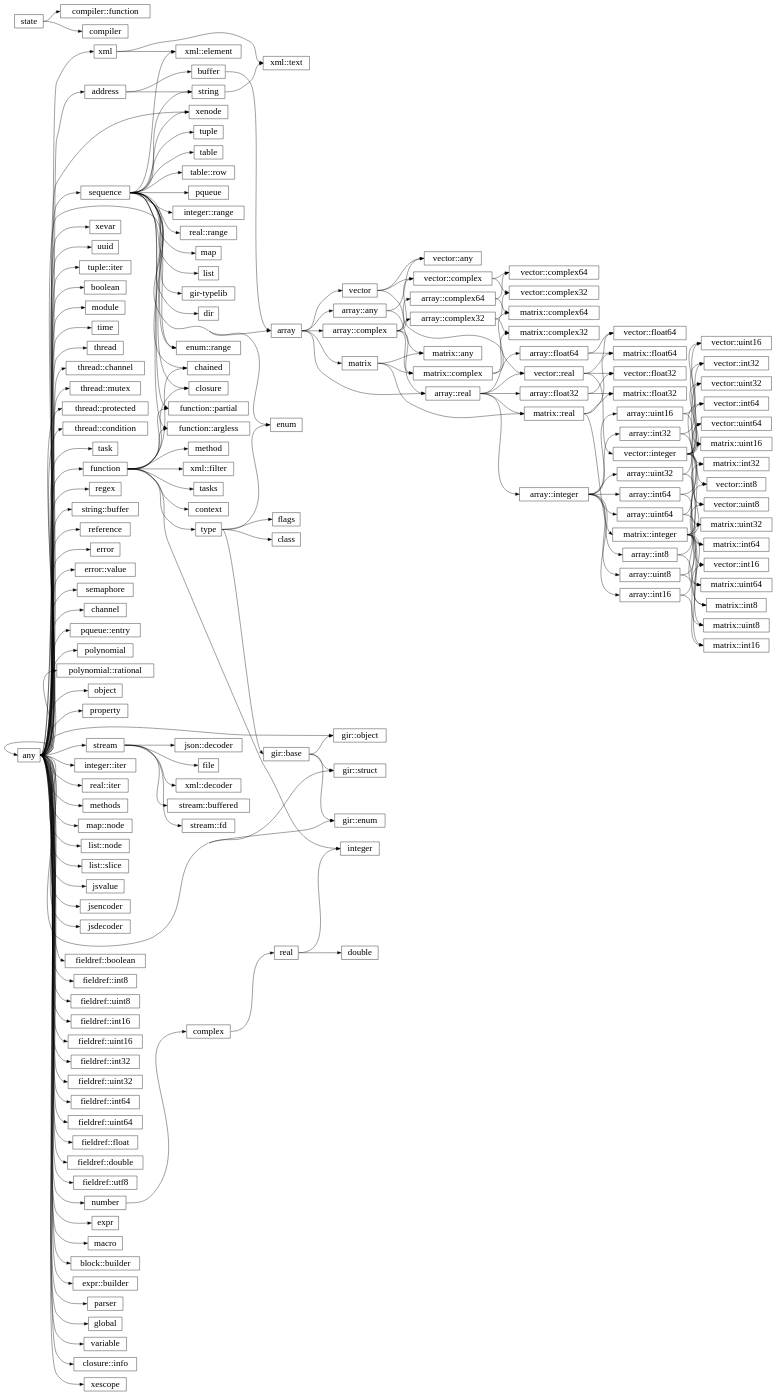
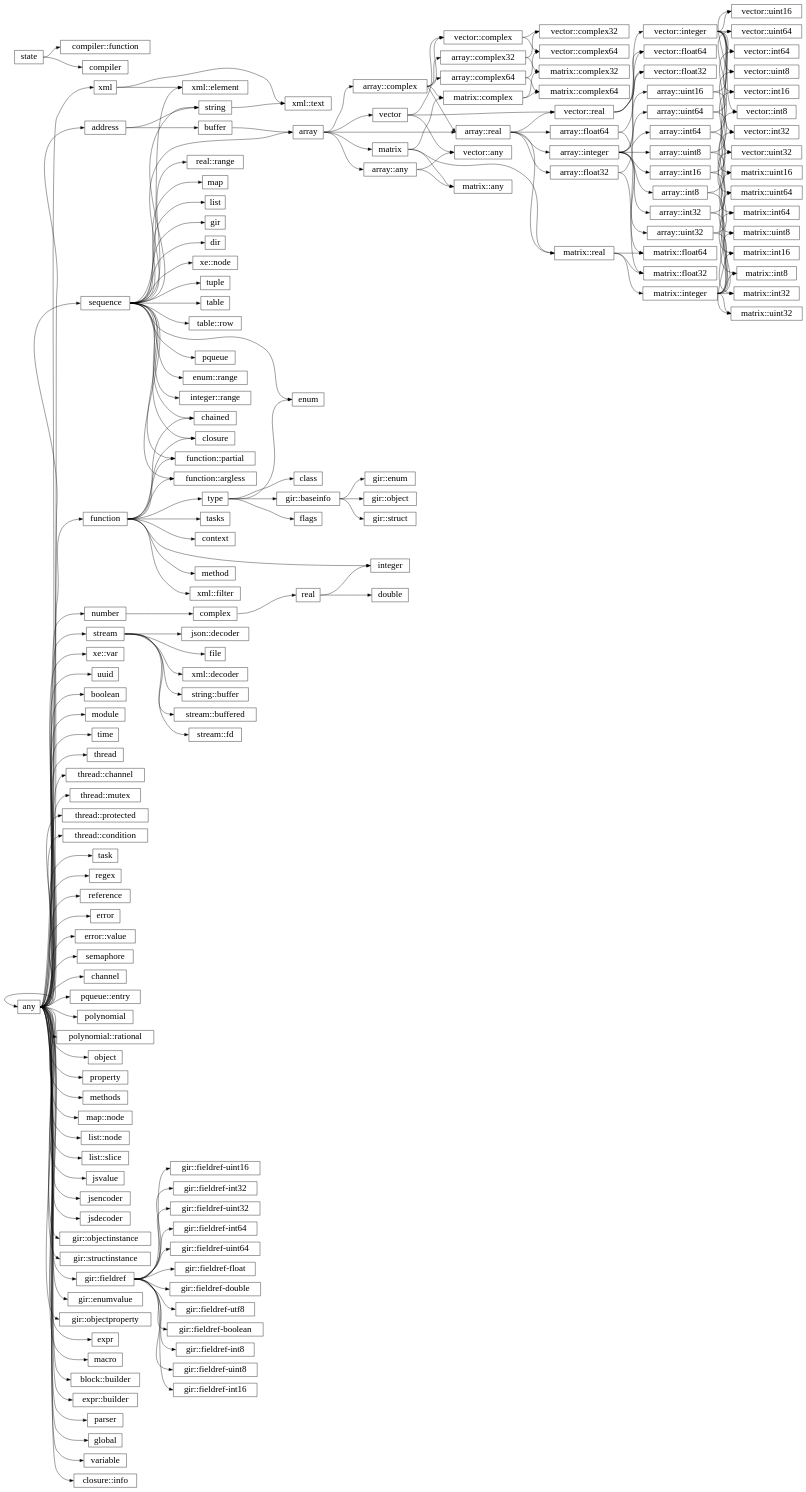
The diagram in docs/library/hierarchy.rst (wrapl/minilang), drawn with Graphviz before and after one commit. The commit also changed 16 other files, not shown here.

```diff
--- a/docs/library/hierarchy.rst
+++ b/docs/library/hierarchy.rst
@@ -20,8 +20,8 @@
       "sequence":e -> "xml::element":w;
       "function":e -> "xml::filter":w;
       "stream":e -> "xml::decoder":w;
-      "sequence":e -> "xenode":w;
-      "any":e -> "xevar":w;
+      "sequence":e -> "xe::node":w;
+      "any":e -> "xe::var":w;
       "any":e -> "uuid":w;
       "any":e -> "any":w;
       "any":e -> "sequence":w;
@@ -32,7 +32,6 @@
       "function":e -> "function::argless":w;
       "sequence":e -> "function::argless":w;
       "sequence":e -> "tuple":w;
-      "any":e -> "tuple::iter":w;
       "any":e -> "boolean":w;
       "any":e -> "module":w;
       "any":e -> "time":w;
@@ -50,7 +49,7 @@
       "address":e -> "string":w;
       "sequence":e -> "string":w;
       "any":e -> "regex":w;
-      "any":e -> "string::buffer":w;
+      "stream":e -> "string::buffer":w;
       "any":e -> "stream":w;
       "stream":e -> "stream::buffered":w;
       "stream":e -> "stream::fd":w;
@@ -71,7 +70,6 @@
       "any":e -> "property":w;
       "type":e -> "enum":w;
       "sequence":e -> "enum":w;
-      "any":e -> "enum::range":w;
       "sequence":e -> "enum::range":w;
       "type":e -> "flags":w;
       "any":e -> "number":w;
@@ -80,9 +78,7 @@
       "real":e -> "integer":w;
       "function":e -> "integer":w;
       "real":e -> "double":w;
-      "any":e -> "integer::iter":w;
       "sequence":e -> "integer::range":w;
-      "any":e -> "real::iter":w;
       "sequence":e -> "real::range":w;
       "any":e -> "methods":w;
       "function":e -> "method":w;
@@ -95,27 +91,28 @@
       "any":e -> "jsvalue":w;
       "any":e -> "jsencoder":w;
       "any":e -> "jsdecoder":w;
-      "sequence":e -> "gir-typelib":w;
-      "type":e -> "gir::base":w;
-      "gir::base":e -> "gir::object":w;
-      "any":e -> "gir::object":w;
-      "gir::base":e -> "gir::struct":w;
-      "any":e -> "gir::struct":w;
-      "any":e -> "fieldref::boolean":w;
-      "any":e -> "fieldref::int8":w;
-      "any":e -> "fieldref::uint8":w;
-      "any":e -> "fieldref::int16":w;
-      "any":e -> "fieldref::uint16":w;
-      "any":e -> "fieldref::int32":w;
-      "any":e -> "fieldref::uint32":w;
-      "any":e -> "fieldref::int64":w;
-      "any":e -> "fieldref::uint64":w;
-      "any":e -> "fieldref::float":w;
-      "any":e -> "fieldref::double":w;
-      "any":e -> "fieldref::utf8":w;
-      "gir::base":e -> "gir::enum":w;
-      "any":e -> "gir::enum":w;
-      "any":e -> "gir::object":w;
+      "sequence":e -> "gir":w;
+      "type":e -> "gir::baseinfo":w;
+      "gir::baseinfo":e -> "gir::object":w;
+      "any":e -> "gir::objectinstance":w;
+      "gir::baseinfo":e -> "gir::struct":w;
+      "any":e -> "gir::structinstance":w;
+      "any":e -> "gir::fieldref":w;
+      "gir::fieldref":e -> "gir::fieldref-boolean":w;
+      "gir::fieldref":e -> "gir::fieldref-int8":w;
+      "gir::fieldref":e -> "gir::fieldref-uint8":w;
+      "gir::fieldref":e -> "gir::fieldref-int16":w;
+      "gir::fieldref":e -> "gir::fieldref-uint16":w;
+      "gir::fieldref":e -> "gir::fieldref-int32":w;
+      "gir::fieldref":e -> "gir::fieldref-uint32":w;
+      "gir::fieldref":e -> "gir::fieldref-int64":w;
+      "gir::fieldref":e -> "gir::fieldref-uint64":w;
+      "gir::fieldref":e -> "gir::fieldref-float":w;
+      "gir::fieldref":e -> "gir::fieldref-double":w;
+      "gir::fieldref":e -> "gir::fieldref-utf8":w;
+      "gir::baseinfo":e -> "gir::enum":w;
+      "any":e -> "gir::enumvalue":w;
+      "any":e -> "gir::objectproperty":w;
       "stream":e -> "file":w;
       "sequence":e -> "dir":w;
       "state":e -> "compiler::function":w;
@@ -213,6 +210,4 @@
       "array::any":e -> "vector::any":w;
       "matrix":e -> "matrix::any":w;
       "array::any":e -> "matrix::any":w;
-      "any":e -> "xenode":w;
-      "any":e -> "xescope":w;
    }
```
